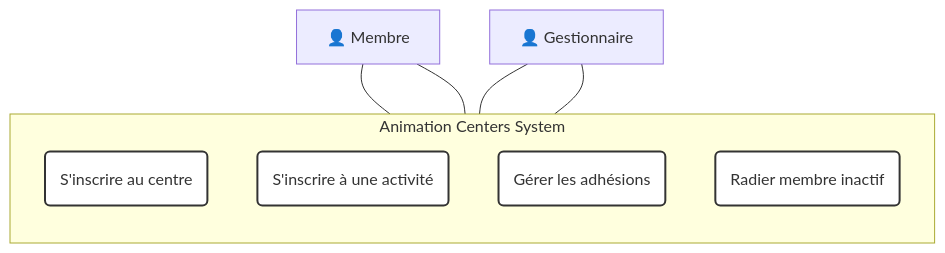
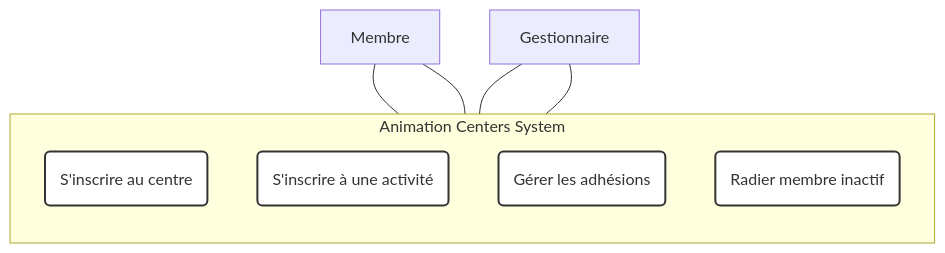
Diagram 12 of 34 in Master 1/S2/Advanced Code Patterns/Chapter 1.1: Use Case Diagram/00100 Excercise.md (Vtheonly/Obsidian_Notes), drawn with Mermaid before and after one commit. The commit also changed other lines of this file and 3934 other files, not shown here.

````diff
--- a/Master 1/S2/Advanced Code Patterns/Chapter 1.1: Use Case Diagram/00100 Excercise.md
+++ b/Master 1/S2/Advanced Code Patterns/Chapter 1.1: Use Case Diagram/00100 Excercise.md
@@ -632,20 +632,20 @@
 ```mermaid
 graph TD
     subgraph Animation Centers System
         direction TB
         UC_RegC(S'inscrire au centre)
         UC_RegAct(S'inscrire à une activité)
         UC_Manage(Gérer les adhésions)
         UC_Remove(Radier membre inactif)
     end
     
-    A_Member["👤 Membre"] --- UC_RegC
+    A_Member[" Membre"] --- UC_RegC
     A_Member --- UC_RegAct
-    A_Manager["👤 Gestionnaire"] --- UC_Manage
+    A_Manager[" Gestionnaire"] --- UC_Manage
     A_Manager --- UC_Remove
     
     style UC_RegC fill:#fff,stroke:#333,stroke-width:2px;
     style UC_RegAct fill:#fff,stroke:#333,stroke-width:2px;
     style UC_Manage fill:#fff,stroke:#333,stroke-width:2px;
     style UC_Remove fill:#fff,stroke:#333,stroke-width:2px;
 ```
````
